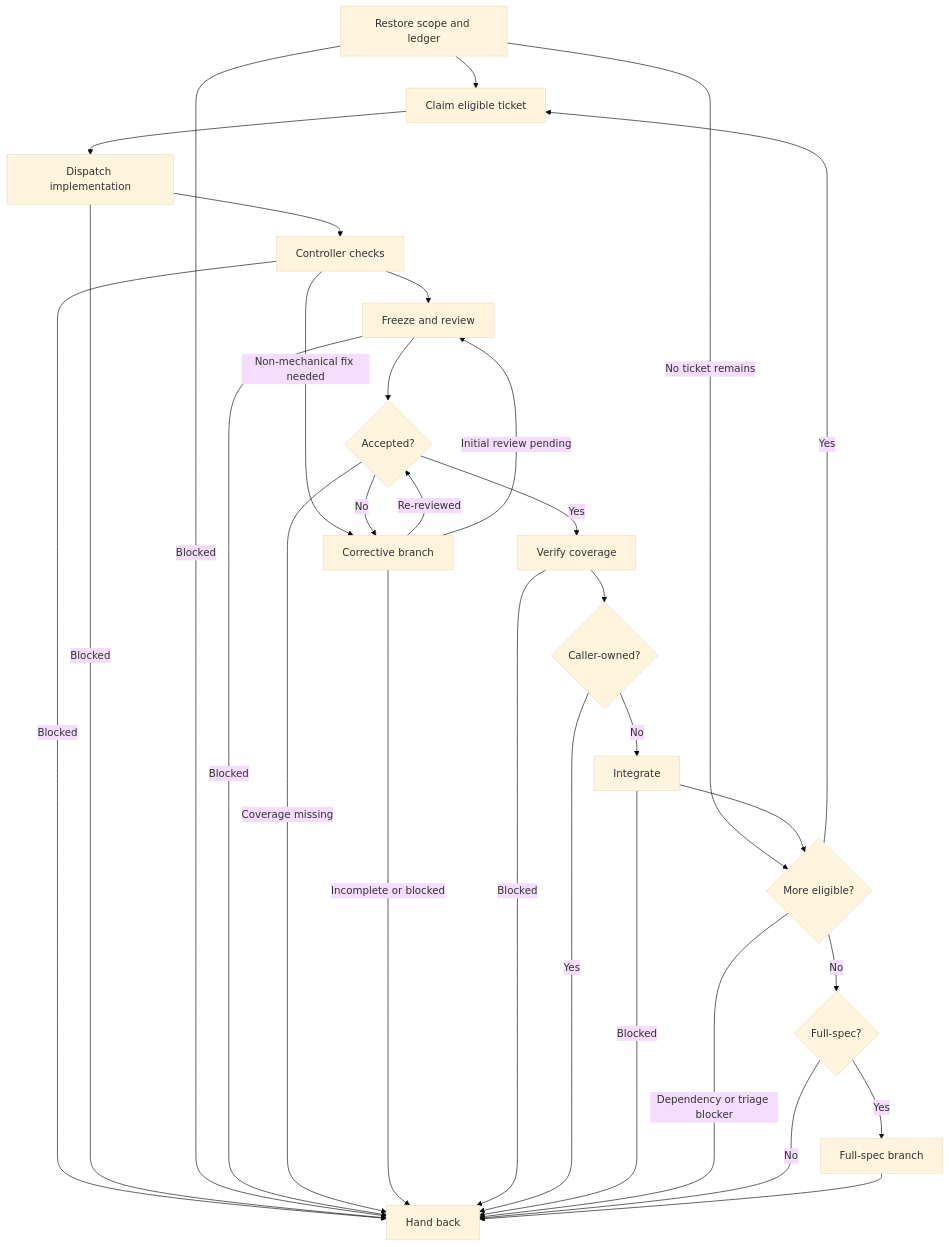
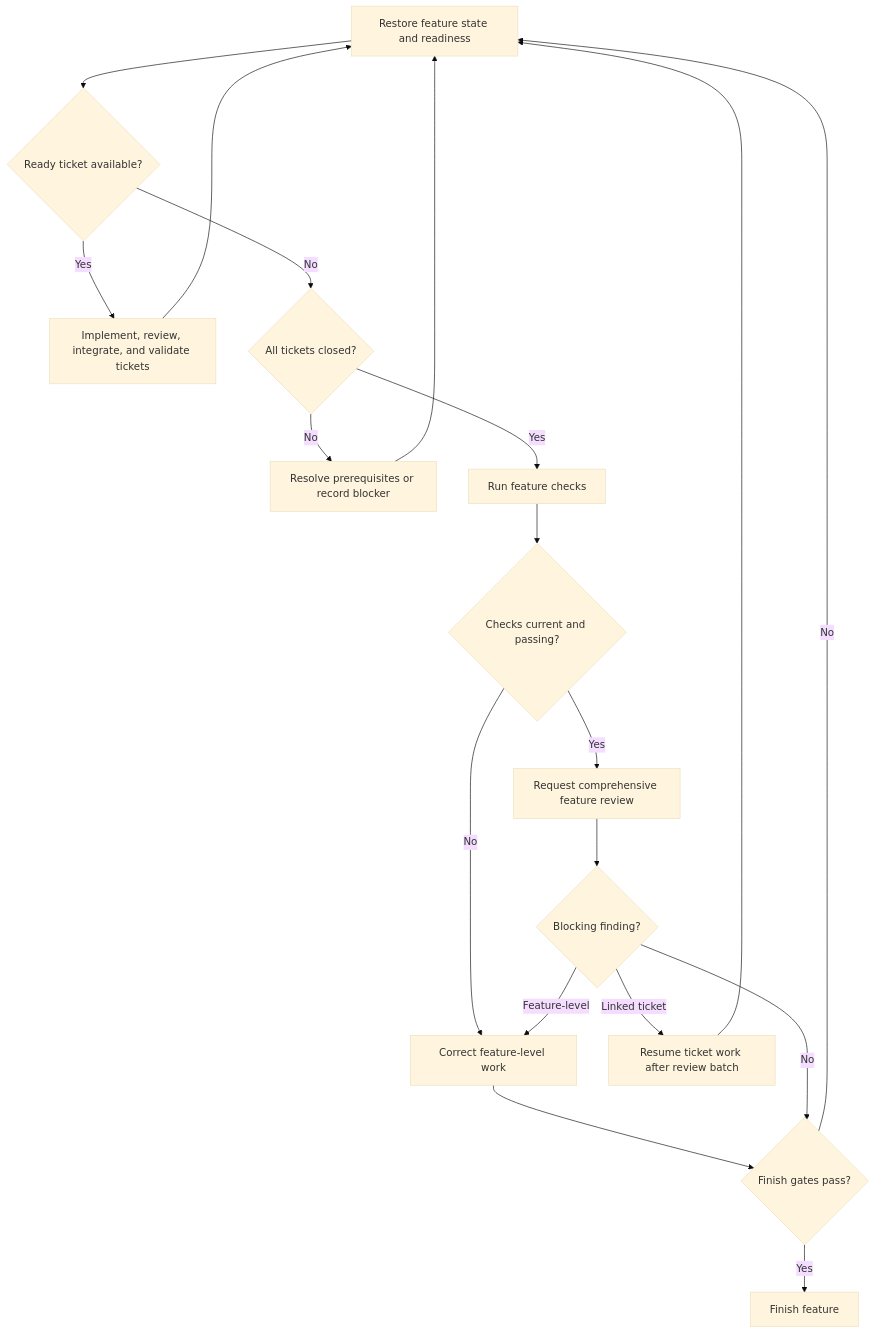
The diagram in .github/skills/int-subagent-driven-dev/SKILL.md (UseTheFork/spindle), drawn with Mermaid (base theme) before and after one commit. The commit also changed other lines of this file and 15 other files, not shown here.

````diff
--- a/.github/skills/int-subagent-driven-dev/SKILL.md
+++ b/.github/skills/int-subagent-driven-dev/SKILL.md
@@ -27,32 +18,21 @@
 ```mermaid
 flowchart TD
-    A[Restore scope and ledger] --> B[Claim eligible ticket]
-    A -- No ticket remains --> K
-    B --> C[Dispatch implementation]
-    C --> D[Controller checks]
-    D --> E[Freeze and review]
-    D -- Non-mechanical fix needed --> G
-    D -- Blocked --> Q
-    C -- Blocked --> Q
-    A -- Blocked --> Q
-    E --> F{Accepted?}
-    E -- Blocked --> Q
-    F -- No --> G[Corrective branch]
-    F -- Coverage missing --> Q
-    G -- Re-reviewed --> F
-    G -- Initial review pending --> E
-    G -- Incomplete or blocked --> Q
-    F -- Yes --> H[Verify coverage]
-    H --> I{Caller-owned?}
-    H -- Blocked --> Q
-    I -- Yes --> Q[Hand back]
-    I -- No --> J[Integrate]
-    J --> K{More eligible?}
-    J -- Blocked --> Q
-    K -- Yes --> B
-    K -- No --> L{Full-spec?}
-    K -- Dependency or triage blocker --> Q
-    L -- Yes --> M[Full-spec branch]
-    L -- No --> Q
-    M --> Q
+    A[Restore feature state and readiness] --> B{Ready ticket available?}
+    B -- Yes --> C[Implement, review, integrate, and validate tickets]
+    C --> A
+    B -- No --> D{All tickets closed?}
+    D -- No --> E[Resolve prerequisites or record blocker]
+    E --> A
+    D -- Yes --> F[Run feature checks]
+    F --> G{Checks current and passing?}
+    G -- No --> K[Correct feature-level work]
+    G -- Yes --> H[Request comprehensive feature review]
+    H --> I{Blocking finding?}
+    I -- Linked ticket --> J[Resume ticket work after review batch]
+    J --> A
+    I -- Feature-level --> K
+    K --> L
+    I -- No --> L{Finish gates pass?}
+    L -- No --> A
+    L -- Yes --> M[Finish feature]
 ```
````
